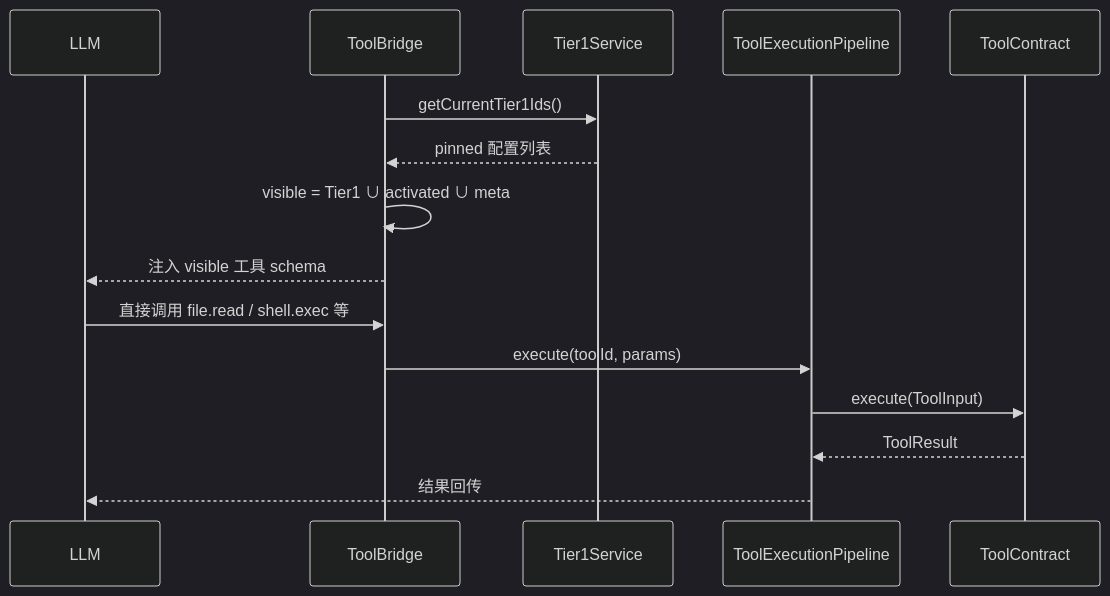
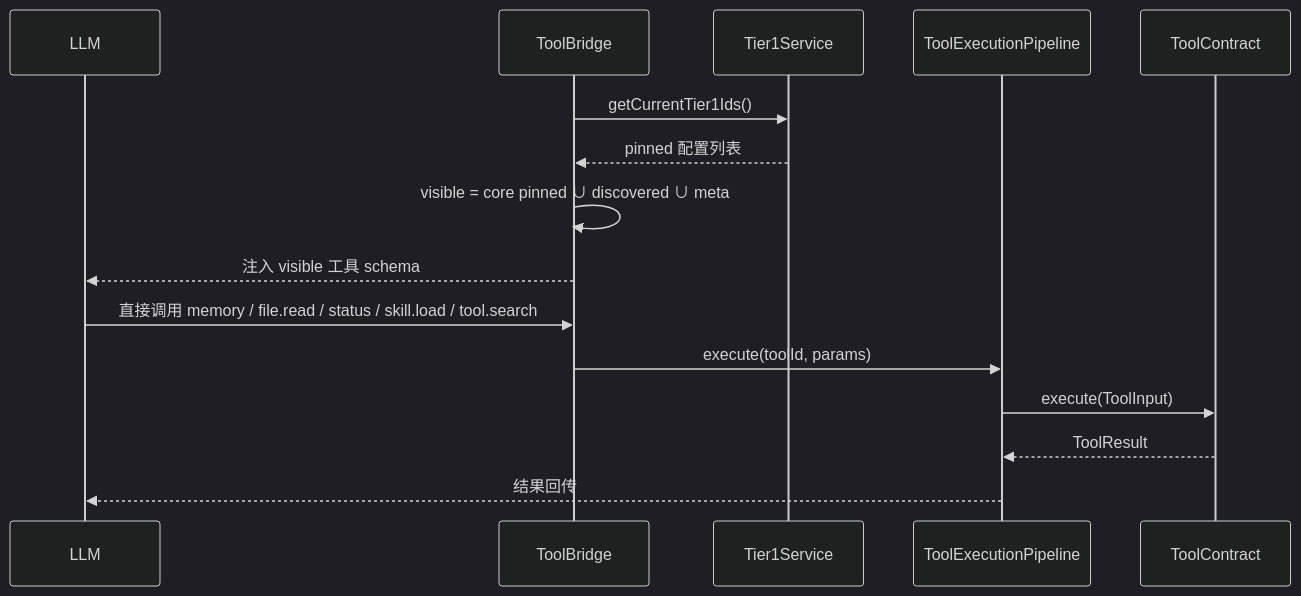
The second of 3 diagrams in docs/architecture/tool-ecosystem.md (ntygod/LifePilot), drawn with Mermaid (dark theme) before and after one commit. The commit also changed other lines of this file and 385 other files, not shown here.

````diff
--- a/docs/architecture/tool-ecosystem.md
+++ b/docs/architecture/tool-ecosystem.md
@@ -147,18 +143,18 @@
 ```mermaid
 sequenceDiagram
     participant LLM as LLM
     participant BR as ToolBridge
     participant T1 as Tier1Service
     participant P as ToolExecutionPipeline
     participant T as ToolContract
 
     BR->>T1: getCurrentTier1Ids()
     T1-->>BR: pinned 配置列表
-    BR->>BR: visible = Tier1 ∪ activated ∪ meta
+    BR->>BR: visible = core pinned ∪ discovered ∪ meta
     BR-->>LLM: 注入 visible 工具 schema
-    LLM->>BR: 直接调用 file.read / shell.exec 等
+    LLM->>BR: 直接调用 memory / file.read / status / skill.load / tool.search
     BR->>P: execute(toolId, params)
     P->>T: execute(ToolInput)
     T-->>P: ToolResult
     P-->>LLM: 结果回传
 ```
````
